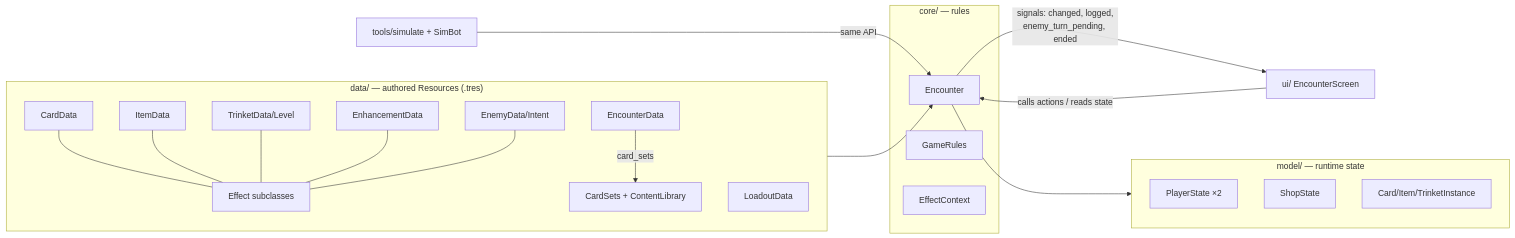
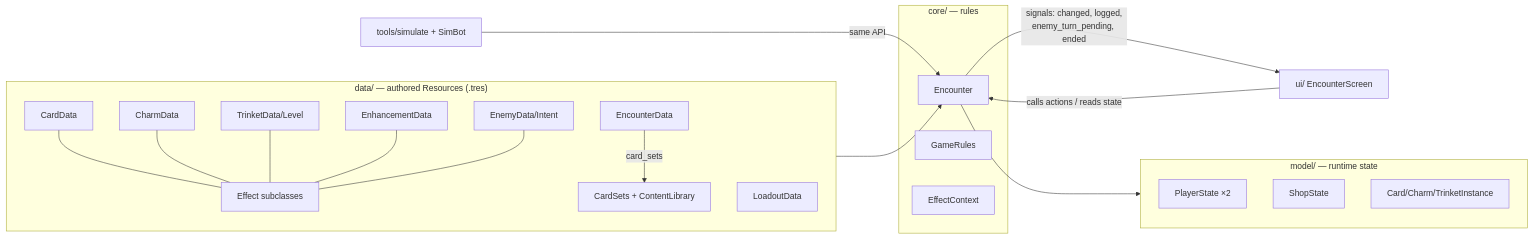
One commit to nimrodgo/untitled-game changed the first of 2 diagrams in docs/architecture.md. Above: the diagram before and after it, drawn with Mermaid. The commit also changed other lines of this file and 74 other files, not shown here.

````diff
--- a/docs/architecture.md
+++ b/docs/architecture.md
@@ -5,27 +5,27 @@
 ```mermaid
 flowchart LR
     subgraph Data["data/ — authored Resources (.tres)"]
       CD[CardData] --- EF[Effect subclasses]
-      ID[ItemData] --- EF
+      ID[CharmData] --- EF
       TD[TrinketData/Level] --- EF
       EN[EnhancementData] --- EF
       ED[EnemyData/Intent] --- EF
       ENC[EncounterData] -- card_sets --> LIB[CardSets + ContentLibrary]
       LO[LoadoutData]
     end
     subgraph Model["model/ — runtime state"]
       PS[PlayerState ×2]
       SS[ShopState]
-      INST[Card/Item/TrinketInstance]
+      INST[Card/Charm/TrinketInstance]
     end
     subgraph Core["core/ — rules"]
       E[Encounter]
       GR[GameRules]
       CTX[EffectContext]
     end
     UI["ui/ EncounterScreen"] -- calls actions / reads state --> E
     SIM["tools/simulate + SimBot"] -- same API --> E
     E -- signals: changed, logged,<br/>enemy_turn_pending, ended --> UI
     E --> Model
     Data --> E
 ```
````
